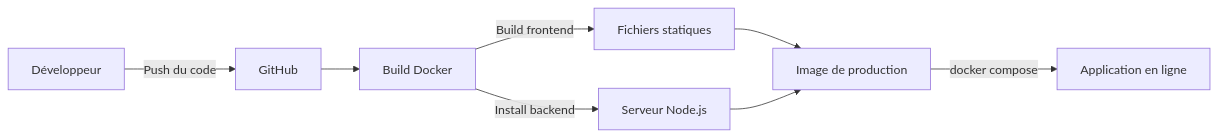
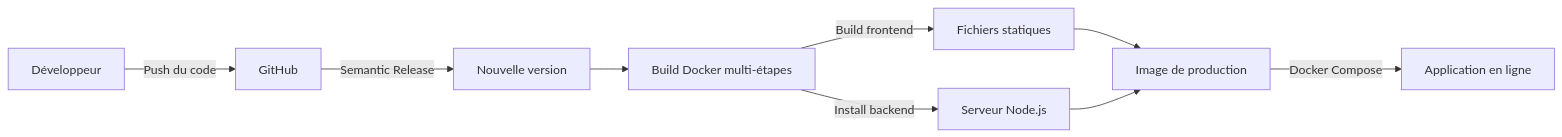
The second of 2 diagrams in README.md (Wifsimster/copro-pilot), drawn with Mermaid before and after one commit. The commit also changed other lines of this file, not shown here.

````diff
--- a/README.md
+++ b/README.md
@@ -60,10 +89,11 @@
 ```mermaid
 graph LR
     A[Développeur] -->|Push du code| B[GitHub]
-    B --> C[Build Docker]
-    C -->|Build frontend| D[Fichiers statiques]
-    C -->|Install backend| E[Serveur Node.js]
-    D --> F[Image de production]
-    E --> F
-    F -->|docker compose| G[Application en ligne]
+    B -->|Semantic Release| C[Nouvelle version]
+    C --> D[Build Docker multi-étapes]
+    D -->|Build frontend| E[Fichiers statiques]
+    D -->|Install backend| F[Serveur Node.js]
+    E --> G[Image de production]
+    F --> G
+    G -->|Docker Compose| H[Application en ligne]
 ```
````
